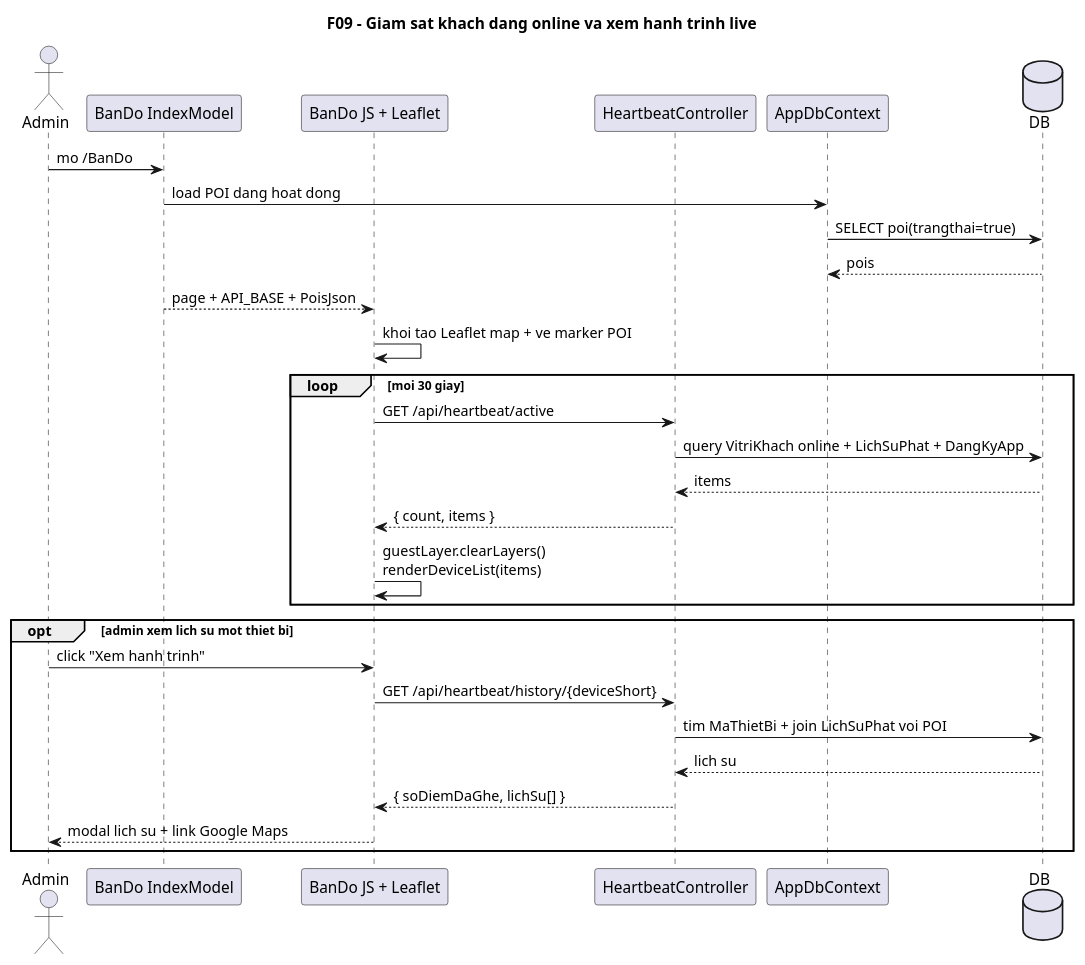
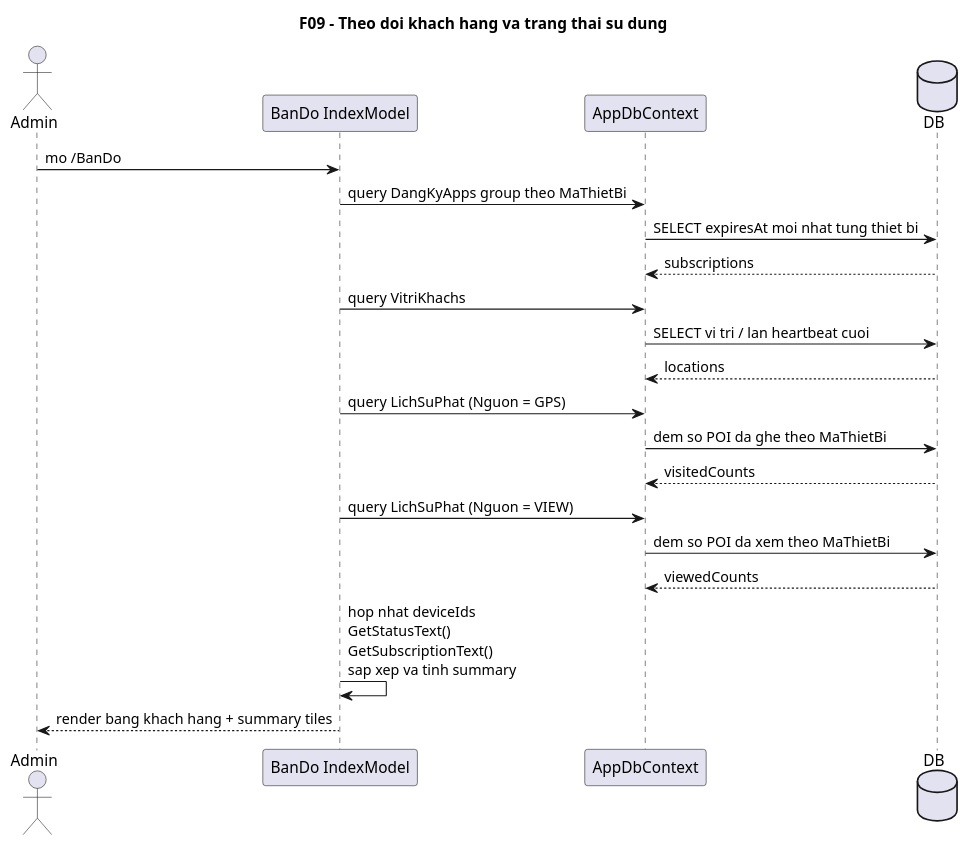
The diagram in docs/diagrams/09-live-map-sequence.puml (VoBao182/PhoAmThuc), drawn with PlantUML before and after one commit. The commit also changed 6 other files, not shown here.

```diff
--- a/docs/diagrams/09-live-map-sequence.puml
+++ b/docs/diagrams/09-live-map-sequence.puml
@@ -1,42 +1,36 @@
 @startuml
-' Diagram: F09 - Giam sat khach dang online va xem hanh trinh live (Sequence)
+' Diagram: F09 - Theo doi khach hang va trang thai su dung (Sequence)
 ' Status: VERIFIED
 ' Baseline: branch master, HEAD 6510344
 ' Source:
-' - VinhKhanhTour.CMS/Pages/BanDo/Index.cshtml.cs: OnGetAsync()
-' - VinhKhanhTour.CMS/Pages/BanDo/Index.cshtml: loadData(), showHistory()
-' - VinhKhanhTour.API/Controllers/HeartbeatController.cs: GetActive(), GetHistory()
-' Note: Sequence da duoc kiem tra tu endpoint den JS renderer; co the dung cho bao cao neu module BanDo khong doi them.
-title F09 - Giam sat khach dang online va xem hanh trinh live
+' - VinhKhanhTour.CMS/Pages/BanDo/Index.cshtml.cs: OnGetAsync(), GetStatusText(), GetSubscriptionText()
+' - VinhKhanhTour.CMS/Pages/BanDo/Index.cshtml
+' - VinhKhanhTour.API/Data/AppDbContext.cs
+' Note: Da cap nhat theo luong truy van DB truc tiep trong CMS; khong con JS fetch HeartbeatController.
+title F09 - Theo doi khach hang va trang thai su dung
 
 actor Admin
 participant "BanDo IndexModel" as IndexModel
-participant "BanDo JS + Leaflet" as JS
-participant "HeartbeatController" as HeartbeatController
 participant AppDbContext
 database DB
 
 Admin -> IndexModel: mo /BanDo
-IndexModel -> AppDbContext: load POI dang hoat dong
-AppDbContext -> DB: SELECT poi(trangthai=true)
-DB --> AppDbContext: pois
-IndexModel --> JS: page + API_BASE + PoisJson
-JS -> JS: khoi tao Leaflet map + ve marker POI
+IndexModel -> AppDbContext: query DangKyApps group theo MaThietBi
+AppDbContext -> DB: SELECT expiresAt moi nhat tung thiet bi
+DB --> AppDbContext: subscriptions
 
-loop moi 30 giay
-  JS -> HeartbeatController: GET /api/heartbeat/active
-  HeartbeatController -> DB: query VitriKhach online + LichSuPhat + DangKyApp
-  DB --> HeartbeatController: items
-  HeartbeatController --> JS: { count, items }
-  JS -> JS: guestLayer.clearLayers()\nrenderDeviceList(items)
-end
+IndexModel -> AppDbContext: query VitriKhachs
+AppDbContext -> DB: SELECT vi tri / lan heartbeat cuoi
+DB --> AppDbContext: locations
 
-opt admin xem lich su mot thiet bi
-  Admin -> JS: click "Xem hanh trinh"
-  JS -> HeartbeatController: GET /api/heartbeat/history/{deviceShort}
-  HeartbeatController -> DB: tim MaThietBi + join LichSuPhat voi POI
-  DB --> HeartbeatController: lich su
-  HeartbeatController --> JS: { soDiemDaGhe, lichSu[] }
-  JS --> Admin: modal lich su + link Google Maps
-end
+IndexModel -> AppDbContext: query LichSuPhat (Nguon = GPS)
+AppDbContext -> DB: dem so POI da ghe theo MaThietBi
+DB --> AppDbContext: visitedCounts
+
+IndexModel -> AppDbContext: query LichSuPhat (Nguon = VIEW)
+AppDbContext -> DB: dem so POI da xem theo MaThietBi
+DB --> AppDbContext: viewedCounts
+
+IndexModel -> IndexModel: hop nhat deviceIds\nGetStatusText()\nGetSubscriptionText()\nsap xep va tinh summary
+IndexModel --> Admin: render bang khach hang + summary tiles
 @enduml
```
